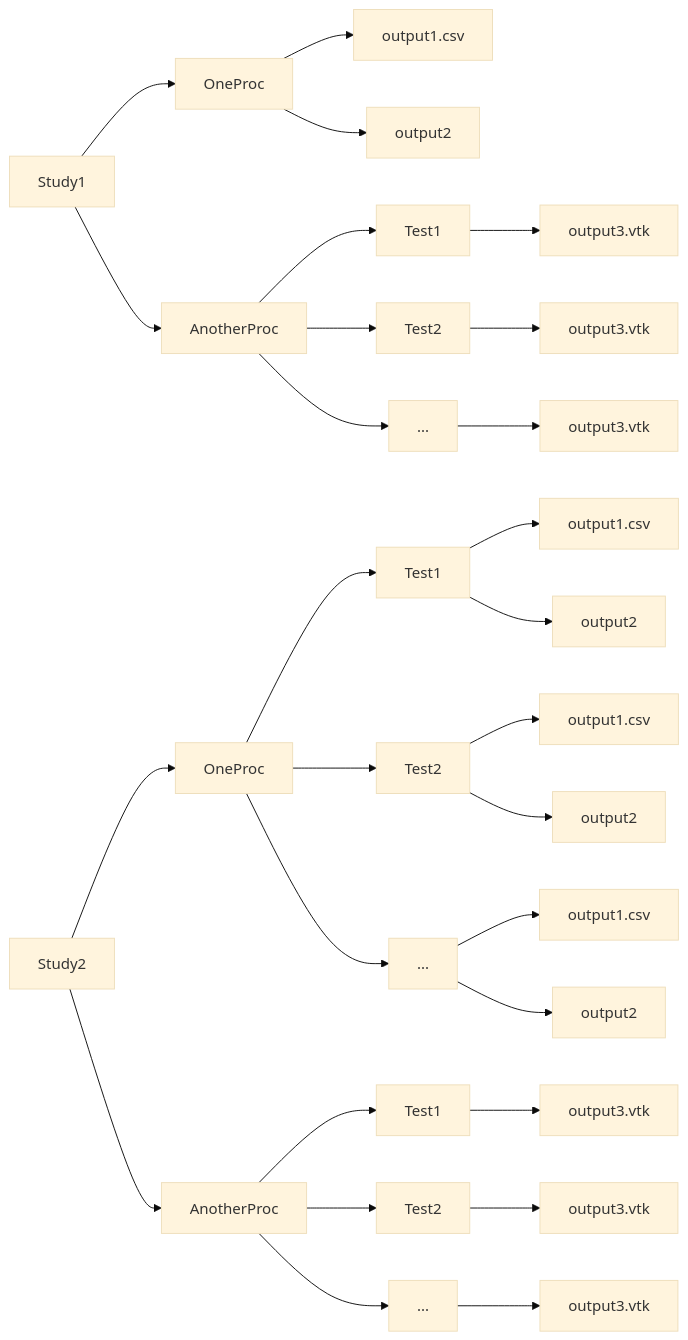
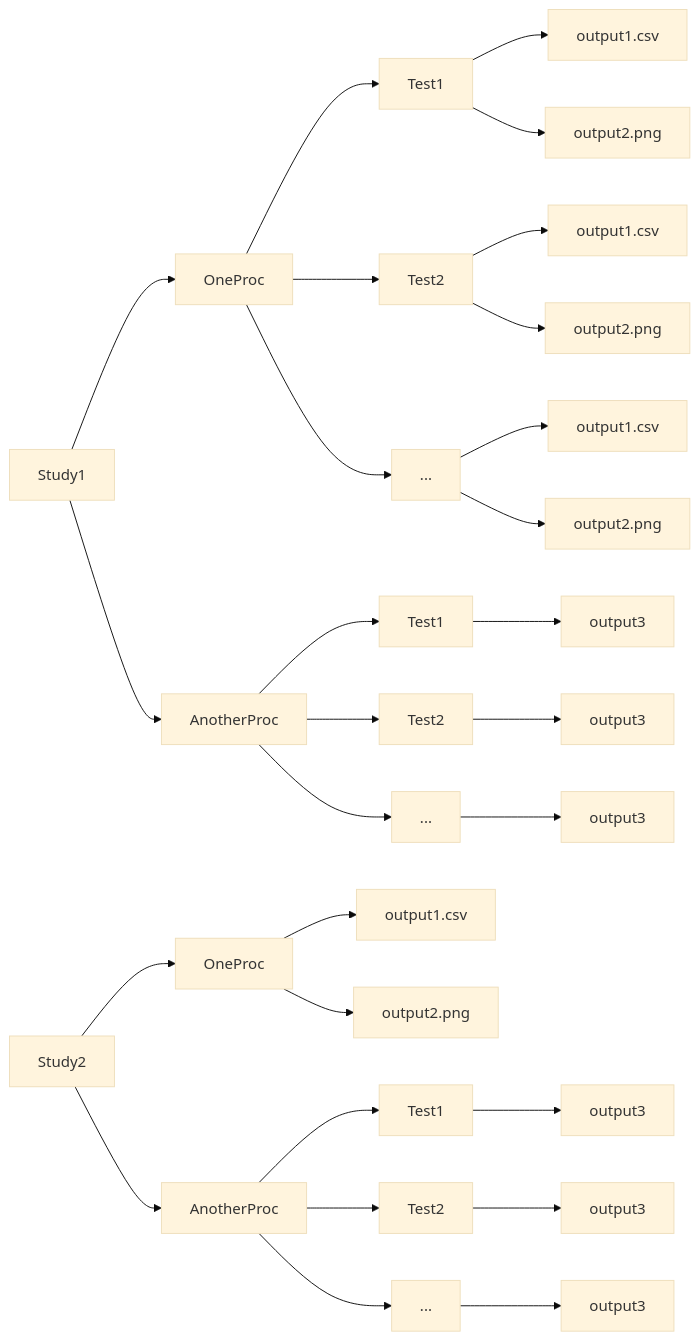
One commit to nuremics/nuremics changed diagram 17 of 17 in README.md. Above: the diagram before and after it, drawn with Mermaid (base theme). The commit also changed other lines of this file, not shown here.

````diff
--- a/README.md
+++ b/README.md
@@ -539,41 +535,38 @@
 ```mermaid
 flowchart LR
     Study1 --> Study1_OneProc["OneProc"]
     Study1 --> Study1_AnotherProc["AnotherProc"]
 
-    Study1_OneProc --> Study1_OneProc_Common_output1["output1.csv"]
-    Study1_OneProc --> Study1_OneProc_Common_output2["output2"]
+    Study1_OneProc --> Study1_OneProc_Test1["Test1"]
+    Study1_OneProc --> Study1_OneProc_Test2["Test2"]
+    Study1_OneProc --> Study1_OneProc_Test3["..."]
+
+    Study1_OneProc_Test1 --> Study1_OneProc_Test1_output1["output1.csv"]
+    Study1_OneProc_Test1 --> Study1_OneProc_Test1_output2["output2.png"]
+    Study1_OneProc_Test2 --> Study1_OneProc_Test2_output1["output1.csv"]
+    Study1_OneProc_Test2 --> Study1_OneProc_Test2_output2["output2.png"]
+    Study1_OneProc_Test3 --> Study1_OneProc_Test3_output1["output1.csv"]
+    Study1_OneProc_Test3 --> Study1_OneProc_Test3_output2["output2.png"]
 
     Study1_AnotherProc --> Study1_AnotherProc_Test1["Test1"]
     Study1_AnotherProc --> Study1_AnotherProc_Test2["Test2"]
     Study1_AnotherProc --> Study1_AnotherProc_Test3["..."]
 
-    Study1_AnotherProc_Test1 --> Study1_AnotherProc_Test1_output3["output3.vtk"]
-    Study1_AnotherProc_Test2 --> Study1_AnotherProc_Test2_output3["output3.vtk"]
-    Study1_AnotherProc_Test3 --> Study1_AnotherProc_Test3_output3["output3.vtk"]
-
-
-
-
+    Study1_AnotherProc_Test1 --> Study1_AnotherProc_Test1_output3["output3"]
+    Study1_AnotherProc_Test2 --> Study1_AnotherProc_Test2_output3["output3"]
+    Study1_AnotherProc_Test3 --> Study1_AnotherProc_Test3_output3["output3"]
+    
     Study2 --> Study2_OneProc["OneProc"]
     Study2 --> Study2_AnotherProc["AnotherProc"]
 
-    Study2_OneProc --> Study2_OneProc_Test1["Test1"]
-    Study2_OneProc --> Study2_OneProc_Test2["Test2"]
-    Study2_OneProc --> Study2_OneProc_Test3["..."]
-
-    Study2_OneProc_Test1 --> Study2_OneProc_Test1_output1["output1.csv"]
-    Study2_OneProc_Test1 --> Study2_OneProc_Test1_output2["output2"]
-    Study2_OneProc_Test2 --> Study2_OneProc_Test2_output1["output1.csv"]
-    Study2_OneProc_Test2 --> Study2_OneProc_Test2_output2["output2"]
-    Study2_OneProc_Test3 --> Study2_OneProc_Test3_output1["output1.csv"]
-    Study2_OneProc_Test3 --> Study2_OneProc_Test3_output2["output2"]
+    Study2_OneProc --> Study2_OneProc_Common_output1["output1.csv"]
+    Study2_OneProc --> Study2_OneProc_Common_output2["output2.png"]
 
     Study2_AnotherProc --> Study2_AnotherProc_Test1["Test1"]
     Study2_AnotherProc --> Study2_AnotherProc_Test2["Test2"]
     Study2_AnotherProc --> Study2_AnotherProc_Test3["..."]
 
-    Study2_AnotherProc_Test1 --> Study2_AnotherProc_Test1_output3["output3.vtk"]
-    Study2_AnotherProc_Test2 --> Study2_AnotherProc_Test2_output3["output3.vtk"]
-    Study2_AnotherProc_Test3 --> Study2_AnotherProc_Test3_output3["output3.vtk"]
+    Study2_AnotherProc_Test1 --> Study2_AnotherProc_Test1_output3["output3"]
+    Study2_AnotherProc_Test2 --> Study2_AnotherProc_Test2_output3["output3"]
+    Study2_AnotherProc_Test3 --> Study2_AnotherProc_Test3_output3["output3"]
 ```
````
